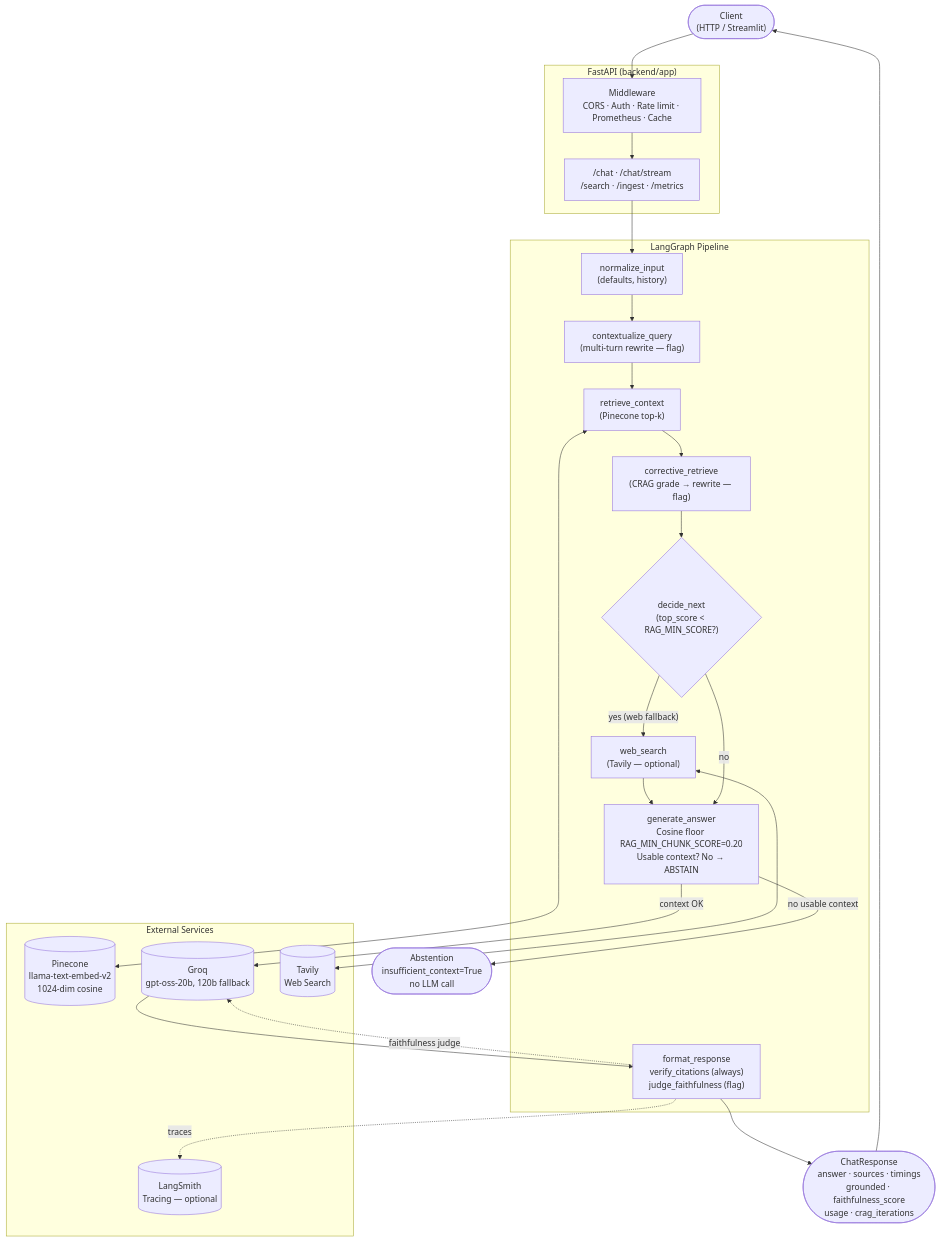
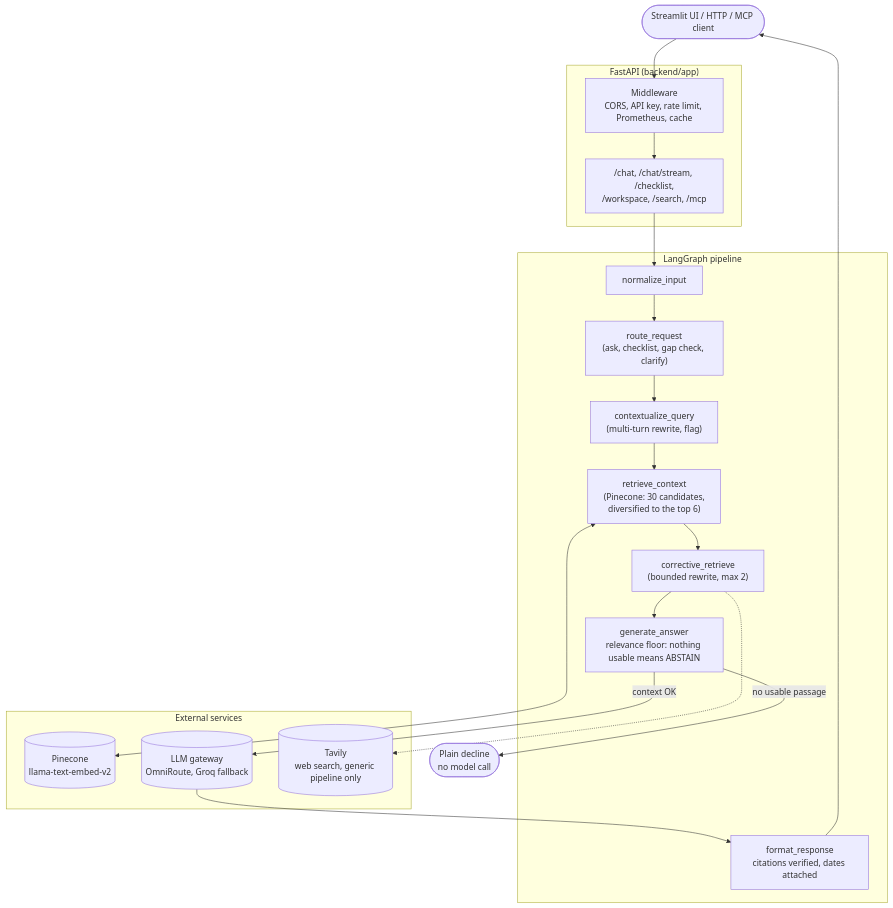
One commit to brej-29/rag-agent-workbench changed the diagram in README.md. Above: the diagram before and after it, drawn with Mermaid. The commit also changed other lines of this file and 8 other files, not shown here.

````diff
--- a/README.md
+++ b/README.md
@@ -98,44 +117,33 @@
 ```mermaid
 flowchart TD
-    Client(["Client\n(HTTP / Streamlit)"])
+    Client(["Streamlit UI / HTTP / MCP client"])
 
     subgraph FastAPI["FastAPI (backend/app)"]
-        MW["Middleware\nCORS · Auth · Rate limit · Prometheus · Cache"]
-        ROUTER["/chat · /chat/stream\n/search · /ingest · /metrics"]
+        MW["Middleware\nCORS, API key, rate limit, Prometheus, cache"]
+        ROUTER["/chat, /chat/stream, /checklist,\n/workspace, /search, /mcp"]
     end
 
-    subgraph LangGraph["LangGraph Pipeline"]
-        N1["normalize_input\n(defaults, history)"]
-        N2["contextualize_query\n(multi-turn rewrite — flag)"]
-        N3["retrieve_context\n(Pinecone top-k)"]
-        N4["corrective_retrieve\n(CRAG grade → rewrite — flag)"]
-        N5{"decide_next\n(top_score < RAG_MIN_SCORE?)"}
-        N6["web_search\n(Tavily — optional)"]
-        N7["generate_answer\nCosine floor RAG_MIN_CHUNK_SCORE=0.20\nUsable context? No → ABSTAIN"]
-        N8["format_response\nverify_citations (always)\njudge_faithfulness (flag)"]
+    subgraph LangGraph["LangGraph pipeline"]
+        N1["normalize_input"]
+        N0["route_request\n(ask, checklist, gap check, clarify)"]
+        N2["contextualize_query\n(multi-turn rewrite, flag)"]
+        N3["retrieve_context\n(Pinecone: 30 candidates,\ndiversified to the top 6)"]
+        N4["corrective_retrieve\n(bounded rewrite, max 2)"]
+        N7["generate_answer\nrelevance floor: nothing usable means ABSTAIN"]
+        N8["format_response\ncitations verified, dates attached"]
     end
 
-    subgraph External["External Services"]
-        PC[("Pinecone\nllama-text-embed-v2\n1024-dim cosine")]
-        GR[("Groq\ngpt-oss-20b, 120b fallback")]
-        TV[("Tavily\nWeb Search")]
-        LS[("LangSmith\nTracing — optional")]
+    subgraph External["External services"]
+        PC[("Pinecone\nllama-text-embed-v2")]
+        GR[("LLM gateway\nOmniRoute, Groq fallback")]
+        TV[("Tavily\nweb search, generic pipeline only")]
     end
 
-    ABSTAIN(["Abstention\ninsufficient_context=True\nno LLM call"])
-    RESP(["ChatResponse\nanswer · sources · timings\ngrounded · faithfulness_score\nusage · crag_iterations"])
+    ABSTAIN(["Plain decline\nno model call"])
 
-    Client --> MW --> ROUTER
-    ROUTER --> N1 --> N2 --> N3 --> N4 --> N5
-    N5 -- "yes (web fallback)" --> N6 --> N7
-    N5 -- "no" --> N7
-    N7 -- "no usable context" --> ABSTAIN
-    N7 -- "context OK" --> GR
-    GR --> N8 --> RESP
-    RESP --> Client
-
+    Client --> MW --> ROUTER --> N1 --> N0 --> N2 --> N3 --> N4 --> N7
+    N7 -- "no usable passage" --> ABSTAIN
+    N7 -- "context OK" --> GR --> N8 --> Client
     N3 <--> PC
-    N6 <--> TV
-    N8 -.->|faithfulness judge| GR
-    N8 -.->|traces| LS
+    N4 -.-> TV
 ```
````
